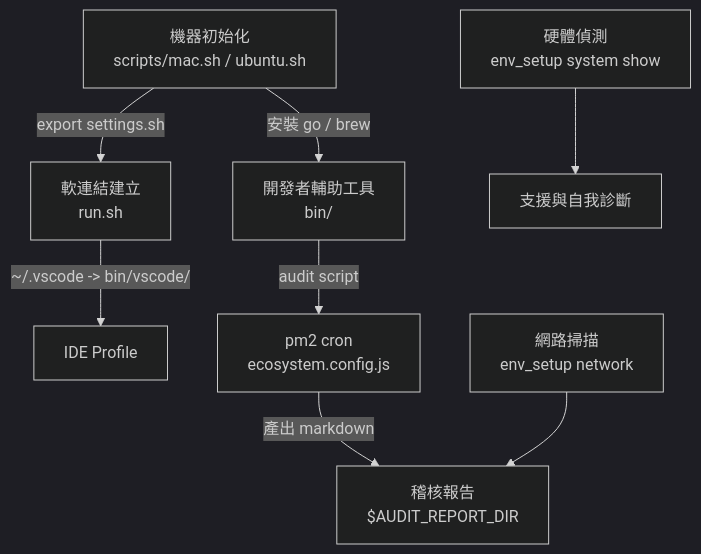
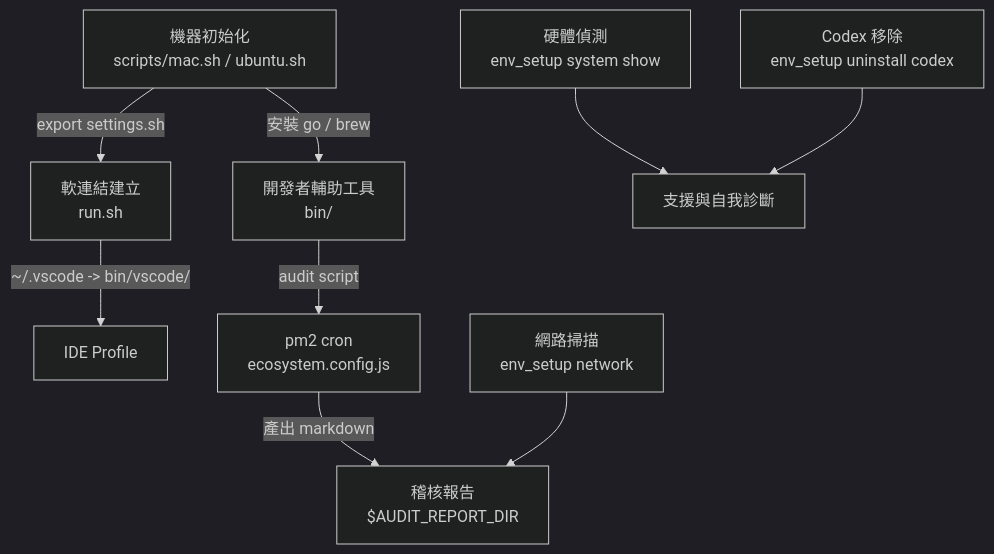
Before and after one commit to BizShuk/env_setup: the diagram in README.md, drawn with Mermaid (dark theme). The commit also changed other lines of this file and 33 other files, not shown here.

````diff
--- a/README.md
+++ b/README.md
@@ -137,10 +154,11 @@
 ```mermaid
 flowchart TD
     Bootstrap["機器初始化<br/>scripts/mac.sh / ubuntu.sh"] -->|"export settings.sh"| Symlink["軟連結建立<br/>run.sh"]
     Bootstrap -->|"安裝 go / brew"| Helpers["開發者輔助工具<br/>bin/<tool>"]
     Symlink -->|"~/.vscode -> bin/vscode/"| IDE["IDE Profile"]
     Helpers -->|"audit script"| Cron["pm2 cron<br/>ecosystem.config.js"]
     Cron -->|"產出 markdown"| Reports["稽核報告<br/>$AUDIT_REPORT_DIR"]
     Hardware["硬體偵測<br/>env_setup system show"] --> Support["支援與自我診斷"]
+    Uninstall["Codex 移除<br/>env_setup uninstall codex"] --> Support
     Network["網路掃描<br/>env_setup network"] --> Reports
 ```
````
